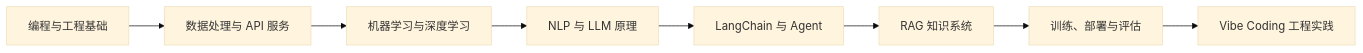
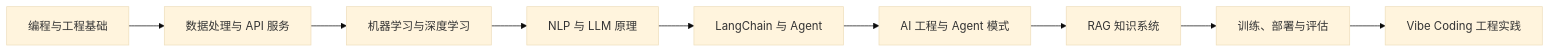
One commit to tingfeng347/windwiki changed the diagram in docs/llm-applications/index.md. Above: the diagram before and after it, drawn with Mermaid (base theme). The commit also changed other lines of this file and 21 other files, not shown here.

````diff
--- a/docs/llm-applications/index.md
+++ b/docs/llm-applications/index.md
@@ -11,10 +11,11 @@
 ```mermaid
 flowchart LR
     A[编程与工程基础] --> B[数据处理与 API 服务]
     B --> C[机器学习与深度学习]
     C --> D[NLP 与 LLM 原理]
     D --> E[LangChain 与 Agent]
-    E --> F[RAG 知识系统]
+    E --> I[AI 工程与 Agent 模式]
+    I --> F[RAG 知识系统]
     F --> G[训练、部署与评估]
     G --> H[Vibe Coding 工程实践]
 ```
````
